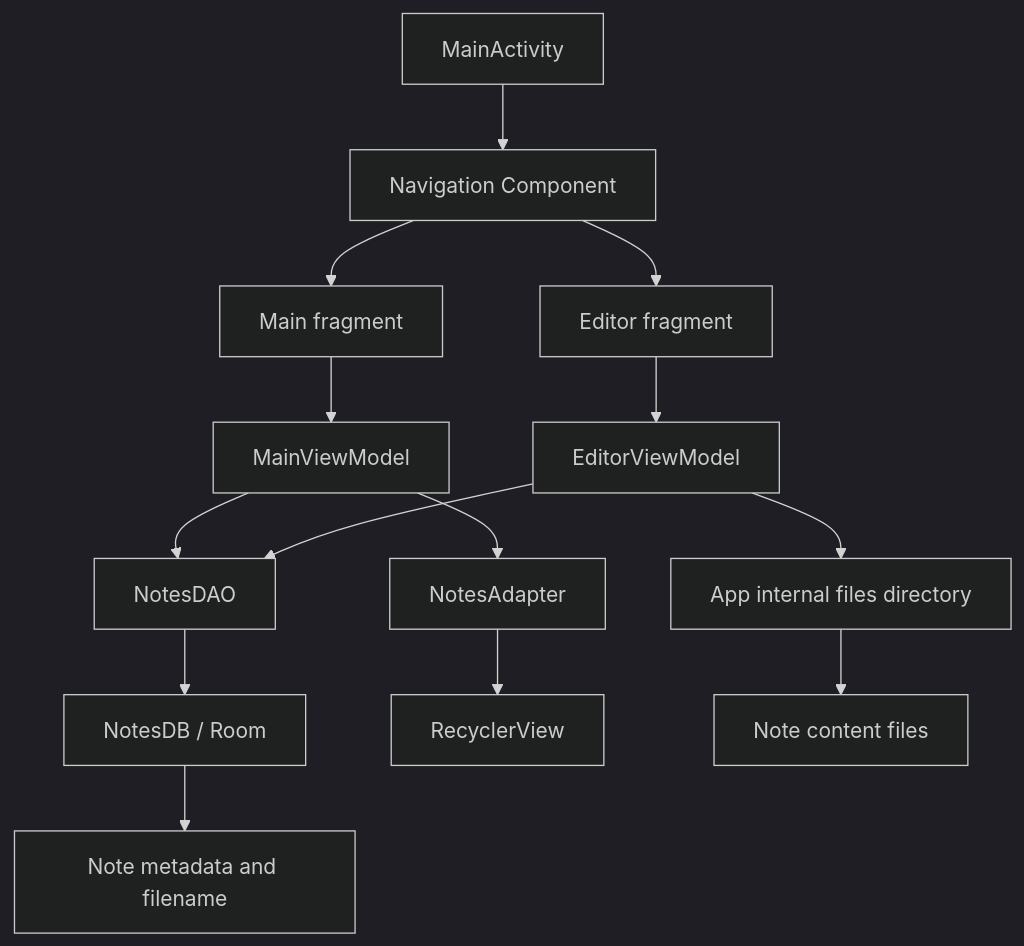
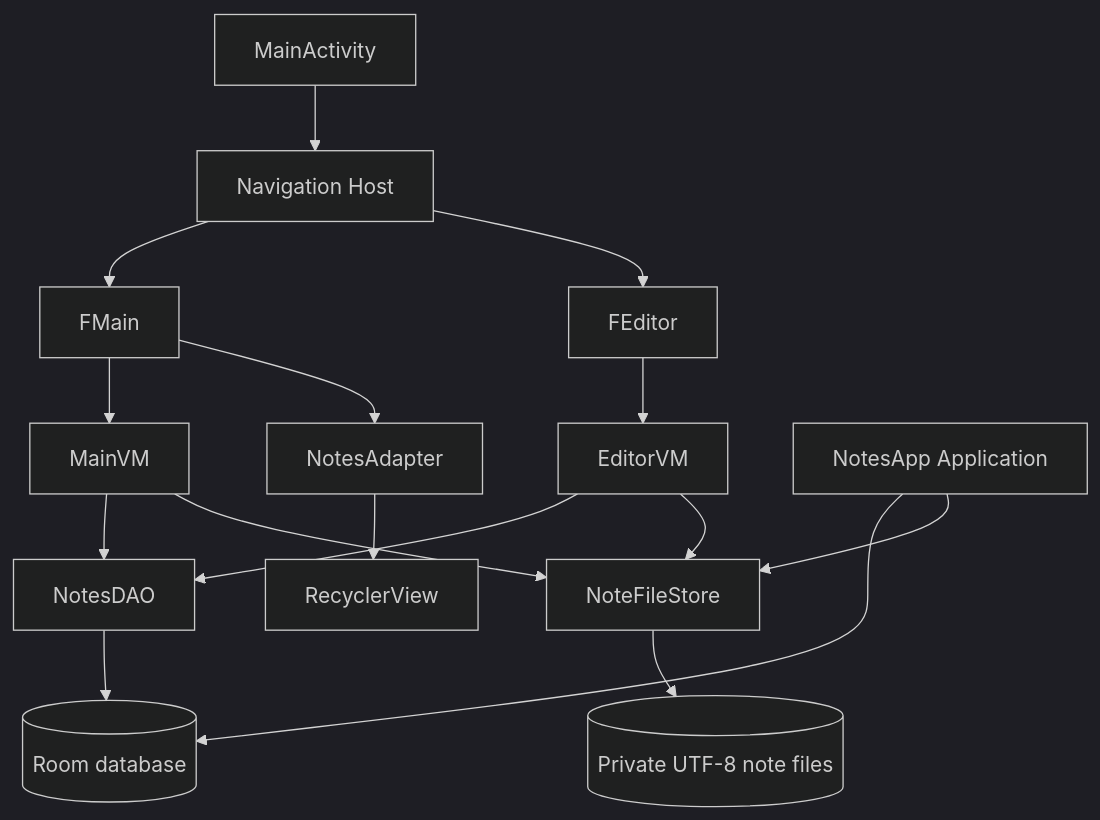
Before and after one commit to Brajesh31/SimpleNotes: the diagram in docs/ARCHITECTURE.md, drawn with Mermaid (dark theme). The commit also changed other lines of this file and 44 other files, not shown here.

````diff
--- a/docs/ARCHITECTURE.md
+++ b/docs/ARCHITECTURE.md
@@ -3,16 +13,18 @@
 ```mermaid
 flowchart TD
-  Activity[MainActivity] --> Nav[Navigation Component]
-  Nav --> Main[Main fragment]
-  Nav --> Editor[Editor fragment]
-  Main --> MainVM[MainViewModel]
-  Editor --> EditorVM[EditorViewModel]
+  Activity[MainActivity] --> NavHost[Navigation Host]
+  NavHost --> ListScreen[FMain]
+  NavHost --> EditorScreen[FEditor]
+  ListScreen --> MainVM[MainVM]
+  EditorScreen --> EditorVM[EditorVM]
   MainVM --> DAO[NotesDAO]
   EditorVM --> DAO
-  DAO --> Room[NotesDB / Room]
-  MainVM --> Adapter[NotesAdapter]
+  DAO --> Room[(Room database)]
+  MainVM --> FileStore[NoteFileStore]
+  EditorVM --> FileStore
+  FileStore --> BodyFiles[(Private UTF-8 note files)]
+  ListScreen --> Adapter[NotesAdapter]
   Adapter --> Recycler[RecyclerView]
-  EditorVM --> Files[App internal files directory]
-  Files --> NoteText[Note content files]
-  Room --> Metadata[Note metadata and filename]
+  App[NotesApp Application] --> Room
+  App --> FileStore
 ```
````
